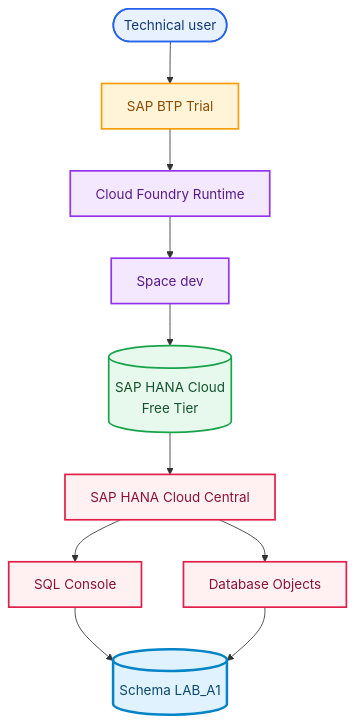
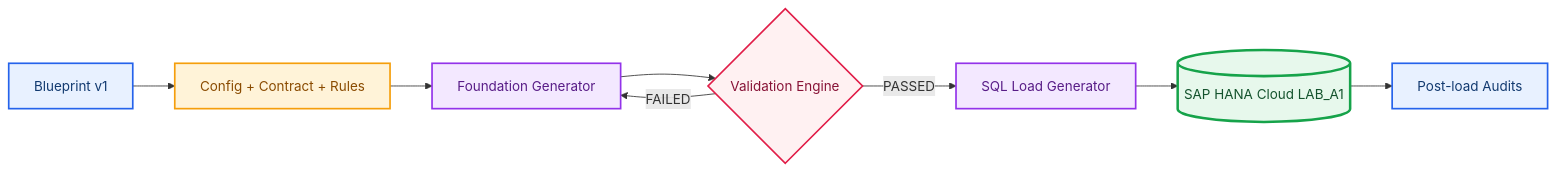
The first of 2 diagrams in Docs/A — Data & SAP-MES Master Data Foundation/EN/01-a1-relational-data-foundation.en.md (OrlandoCaetano2026/SAP_HANA_Cloud_Data_Engineering_Learning), drawn with Mermaid before and after one commit. The commit also changed other lines of this file and 41 other files, not shown here.

````diff
--- a/Docs/A — Data & SAP-MES Master Data Foundation/EN/01-a1-relational-data-foundation.en.md
+++ b/Docs/A — Data & SAP-MES Master Data Foundation/EN/01-a1-relational-data-foundation.en.md
@@ -50,14 +21,13 @@
 ```mermaid
-flowchart TB
-    U(["Technical user"]):::actor --> BTP["SAP BTP Trial"]:::platform
-    BTP --> CF["Cloud Foundry Runtime"]:::runtime --> DEV["Space dev"]:::runtime
-    DEV --> HC[("SAP HANA Cloud<br/>Free Tier")]:::database --> HCC["SAP HANA Cloud Central"]:::tool
-    HCC --> SQL["SQL Console"]:::tool --> LAB[("Schema LAB_A1")]:::schema
-    HCC --> DBO["Database Objects"]:::tool --> LAB
-    classDef actor fill:#E8F1FF,stroke:#2563EB,color:#123A70,stroke-width:2px;
-    classDef platform fill:#FFF3D8,stroke:#F59E0B,color:#8A4B00,stroke-width:2px;
-    classDef runtime fill:#F3E8FF,stroke:#9333EA,color:#581C87,stroke-width:2px;
-    classDef database fill:#E7F8EC,stroke:#16A34A,color:#14532D,stroke-width:2px;
-    classDef tool fill:#FFF1F2,stroke:#E11D48,color:#881337,stroke-width:2px;
-    classDef schema fill:#E0F2FE,stroke:#0284C7,color:#0C4A6E,stroke-width:3px;
+flowchart LR
+    B["Blueprint v1"]:::a --> C["Config + Contract + Rules"]:::b --> G["Foundation Generator"]:::c
+    G --> V{"Validation Engine"}:::d
+    V -->|PASSED| S["SQL Load Generator"]:::c --> H[("SAP HANA Cloud LAB_A1")]:::e
+    H --> A["Post-load Audits"]:::a
+    V -->|FAILED| G
+    classDef a fill:#E8F1FF,stroke:#2563EB,color:#123A70,stroke-width:2px;
+    classDef b fill:#FFF3D8,stroke:#F59E0B,color:#8A4B00,stroke-width:2px;
+    classDef c fill:#F3E8FF,stroke:#9333EA,color:#581C87,stroke-width:2px;
+    classDef d fill:#FFF1F2,stroke:#E11D48,color:#881337,stroke-width:2px;
+    classDef e fill:#E7F8EC,stroke:#16A34A,color:#14532D,stroke-width:3px;
 ```
````
